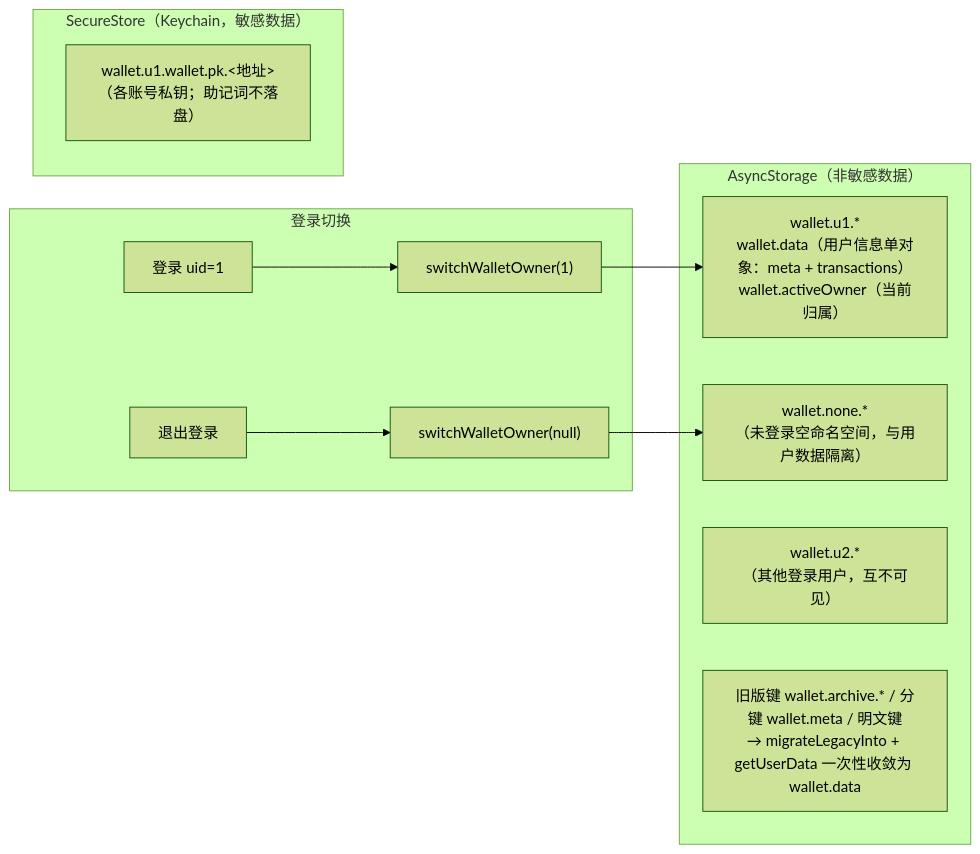
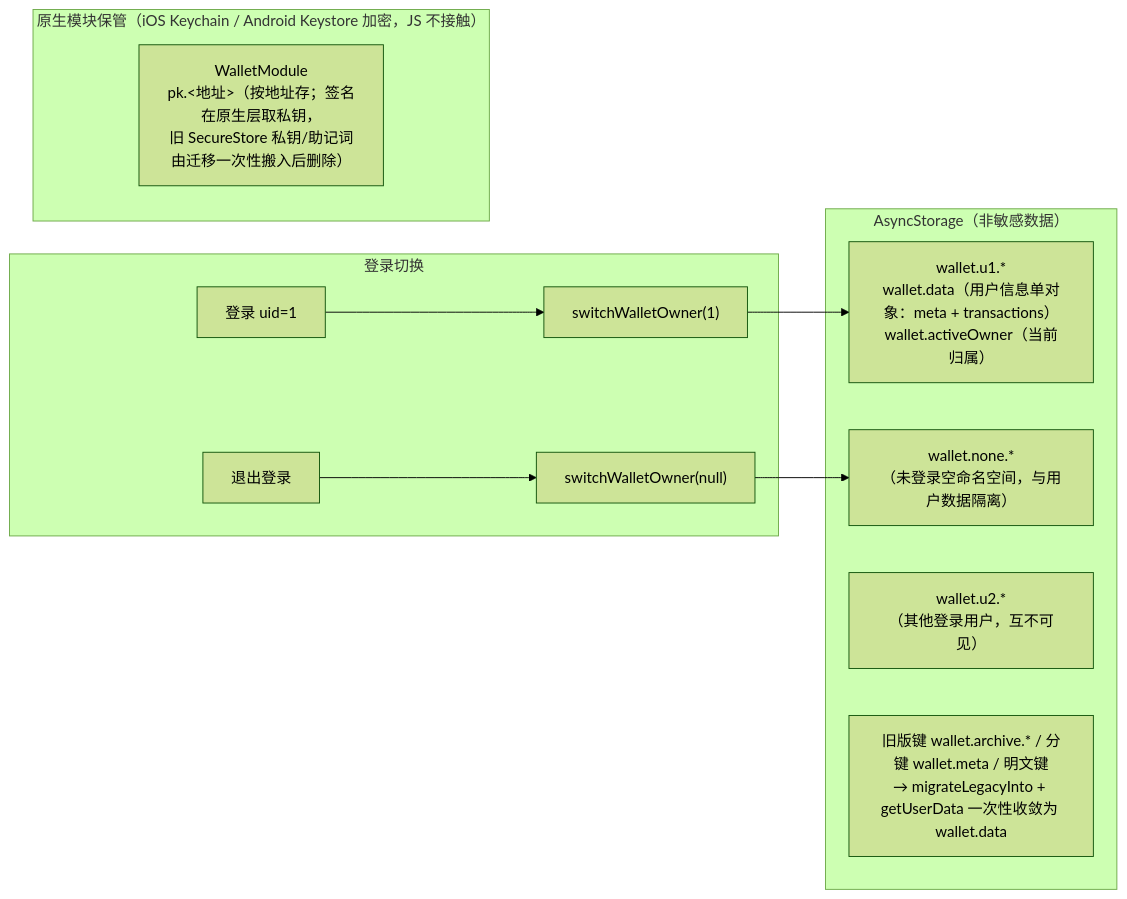
Before and after one commit to jinshenglilili-cmyk/RNDefiWallet: the third of 4 diagrams in fronted/README.md, drawn with Mermaid (forest theme). The commit also changed other lines of this file and 12646 other files, not shown here.

````diff
--- a/fronted/README.md
+++ b/fronted/README.md
@@ -241,21 +240,21 @@
 ```mermaid
 flowchart LR
     subgraph 登录切换
         LOGIN["登录 uid=1"] --> SW["switchWalletOwner(1)"]
         LOGOUT["退出登录"] --> SWN["switchWalletOwner(null)"]
     end
 
     SW --> NS1
     SWN --> NSN
 
-    subgraph KEYCHAIN["SecureStore（Keychain，敏感数据）"]
-        SS1["wallet.u1.wallet.pk.&lt;地址&gt;<br/>（各账号私钥；助记词不落盘）"]
+    subgraph KEYCHAIN["原生模块保管（iOS Keychain / Android Keystore 加密，JS 不接触）"]
+        SS1["WalletModule<br/>pk.&lt;地址&gt;（按地址存；签名在原生层取私钥，<br/>旧 SecureStore 私钥/助记词由迁移一次性搬入后删除）"]
     end
 
     subgraph MANIFEST["AsyncStorage（非敏感数据）"]
         NS1["wallet.u1.*<br/>wallet.data（用户信息单对象：meta + transactions）<br/>wallet.activeOwner（当前归属）"]
         NSN["wallet.none.*<br/>（未登录空命名空间，与用户数据隔离）"]
         NS2["wallet.u2.*<br/>（其他登录用户，互不可见）"]
         LEGACY["旧版键 wallet.archive.* / 分键 wallet.meta / 明文键<br/>→ migrateLegacyInto + getUserData 一次性收敛为 wallet.data"]
     end
 ```
````
